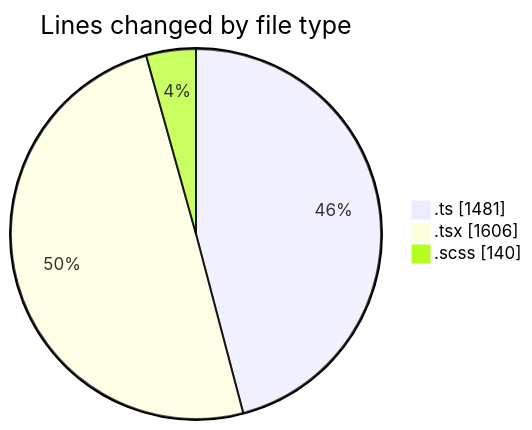
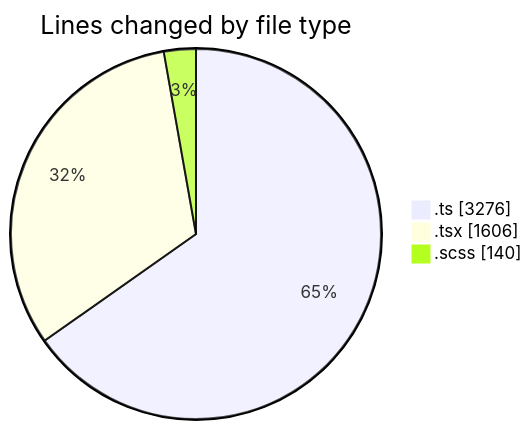
Before and after one commit to momahboobian/code-tracking: the first of 2 diagrams in 2026-09-09/cda/README.md, drawn with Mermaid. The commit also changed other lines of this file and 1 other file, not shown here.

````diff
--- a/2026-09-09/cda/README.md
+++ b/2026-09-09/cda/README.md
@@ -40,7 +41,7 @@
 ```mermaid
 pie showData
 title Lines changed by file type
-".ts" : 1481
+".ts" : 3276
 ".tsx" : 1606
 ".scss" : 140
 ```
````
